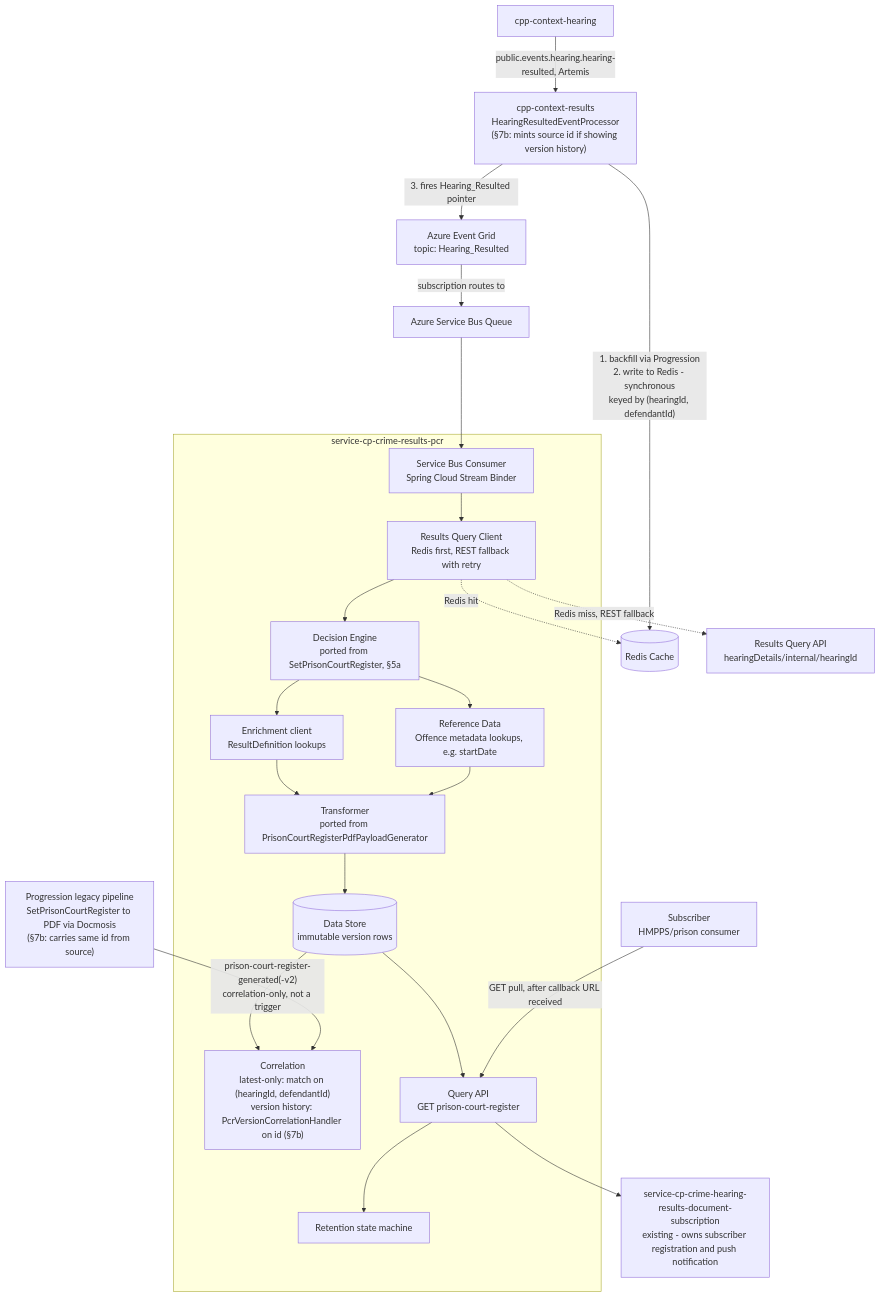
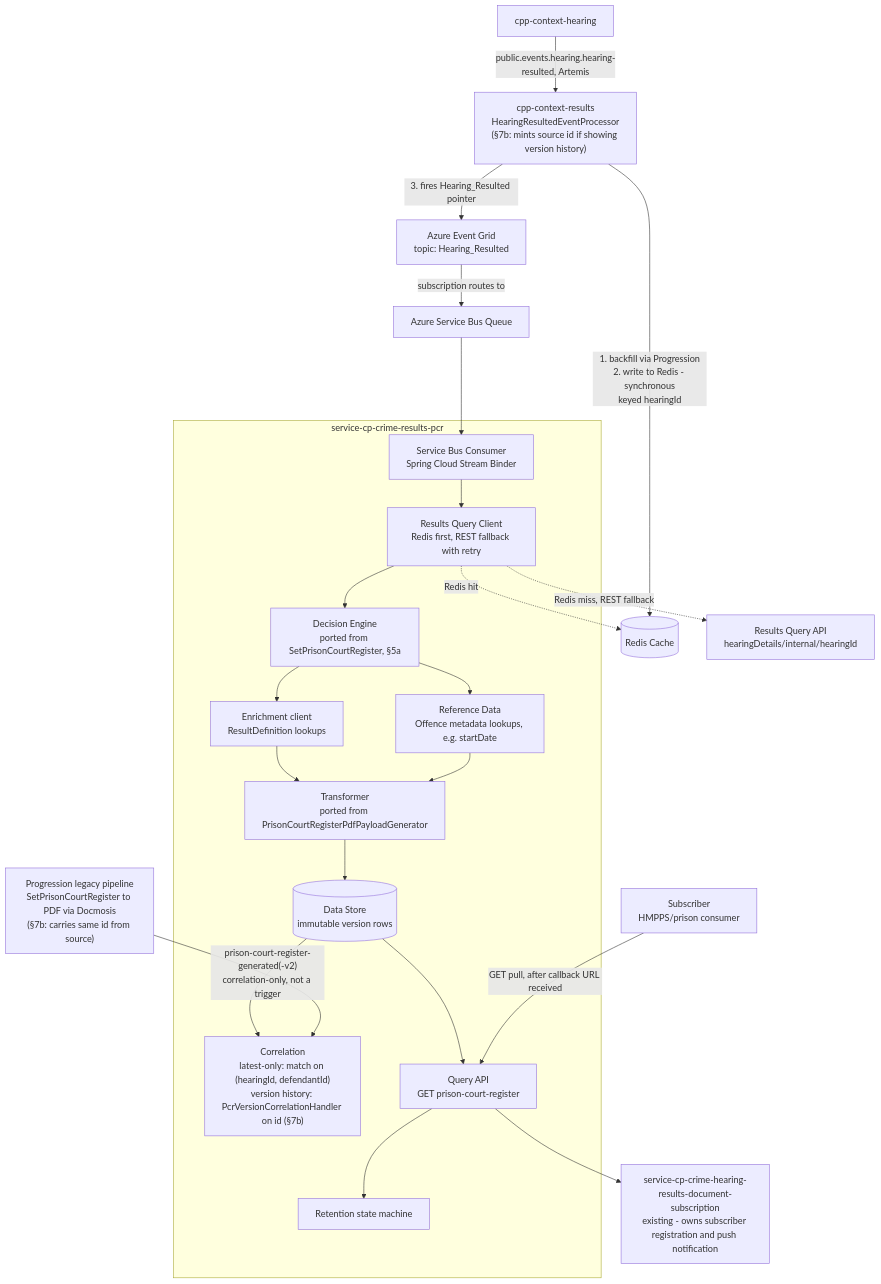
Before and after one commit to hmcts/service-cp-crime-results-pcr: the first of 2 diagrams in docs/2026-07-16-pcr-api-marketplace-design-v2.md, drawn with Mermaid. The commit also changed other lines of this file, not shown here.

First line of the commit message:
fix: correct Redis key claim to hearingId, not (hearingId, defendantId)

````diff
--- a/docs/2026-07-16-pcr-api-marketplace-design-v2.md
+++ b/docs/2026-07-16-pcr-api-marketplace-design-v2.md
@@ -31,30 +31,30 @@
 ```mermaid
 flowchart TB
     Hearing["cpp-context-hearing"] -->|"public.events.hearing.hearing-resulted, Artemis"| Results["cpp-context-results<br/>HearingResultedEventProcessor<br/>(§7b: mints source id if showing version history)"]
-    Results -->|"1. backfill via Progression<br/>2. write to Redis - synchronous<br/>keyed by (hearingId, defendantId)"| Redis[("Redis Cache")]
+    Results -->|"1. backfill via Progression<br/>2. write to Redis - synchronous<br/>keyed hearingId"| Redis[("Redis Cache")]
     Results -->|"3. fires Hearing_Resulted pointer"| Grid["Azure Event Grid<br/>topic: Hearing_Resulted"]
     Grid -->|"subscription routes to"| Bus["Azure Service Bus Queue"]
     Bus --> Consumer
 
     subgraph PCR["service-cp-crime-results-pcr"]
         Consumer["Service Bus Consumer<br/>Spring Cloud Stream Binder"] --> Query["Results Query Client<br/>Redis first, REST fallback with retry"]
         Query --> Decision["Decision Engine<br/>ported from SetPrisonCourtRegister, §5a"]
         Decision --> Enrich["Enrichment client<br/>ResultDefinition lookups"]
         Decision --> OffenceMeta["Reference Data<br/>Offence metadata lookups, e.g. startDate"]
         Enrich --> Transform["Transformer<br/>ported from PrisonCourtRegisterPdfPayloadGenerator"]
         OffenceMeta --> Transform
         Transform --> Store[("Data Store<br/>immutable version rows")]
         Store --> Correlator["Correlation<br/>latest-only: match on (hearingId, defendantId)<br/>version history: PcrVersionCorrelationHandler on id (§7b)"]
         Store --> API["Query API<br/>GET prison-court-register"]
         API --> Retention["Retention state machine"]
     end
 
     Query -.->|"Redis hit"| Redis
     Query -.->|"Redis miss, REST fallback"| ResultsAPI["Results Query API<br/>hearingDetails/internal/hearingId"]
 
     Progression["Progression legacy pipeline<br/>SetPrisonCourtRegister to PDF via Docmosis<br/>(§7b: carries same id from source)"] -->|"prison-court-register-generated(-v2)<br/>correlation-only, not a trigger"| Correlator
 
     API --> Subscription["service-cp-crime-hearing-results-document-subscription<br/>existing - owns subscriber registration and push notification"]
 
     Subscriber["Subscriber<br/>HMPPS/prison consumer"] -->|"GET pull, after callback URL received"| API
 ```
````
